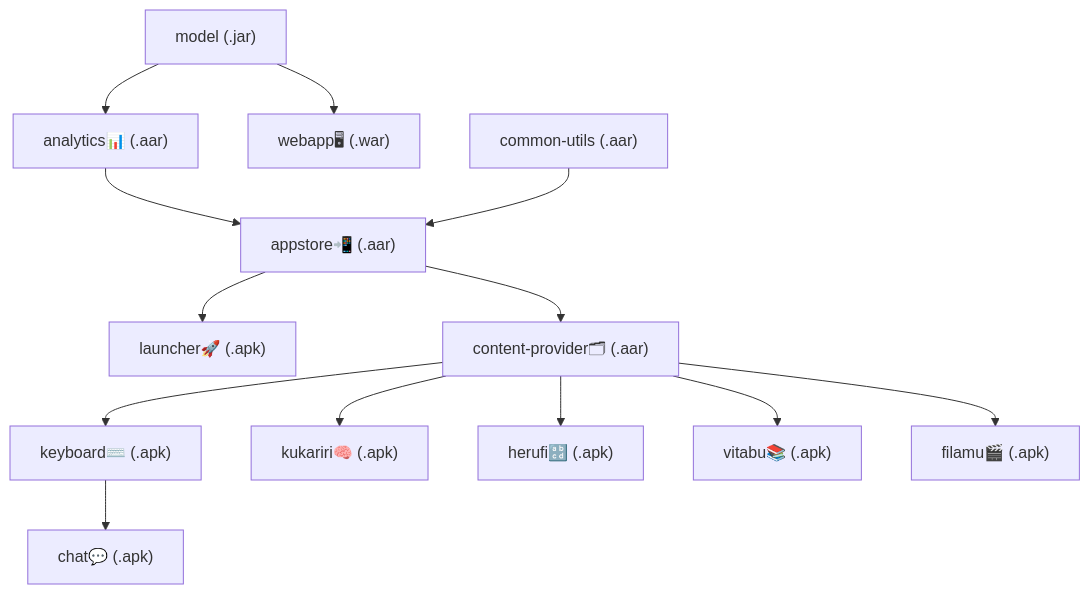
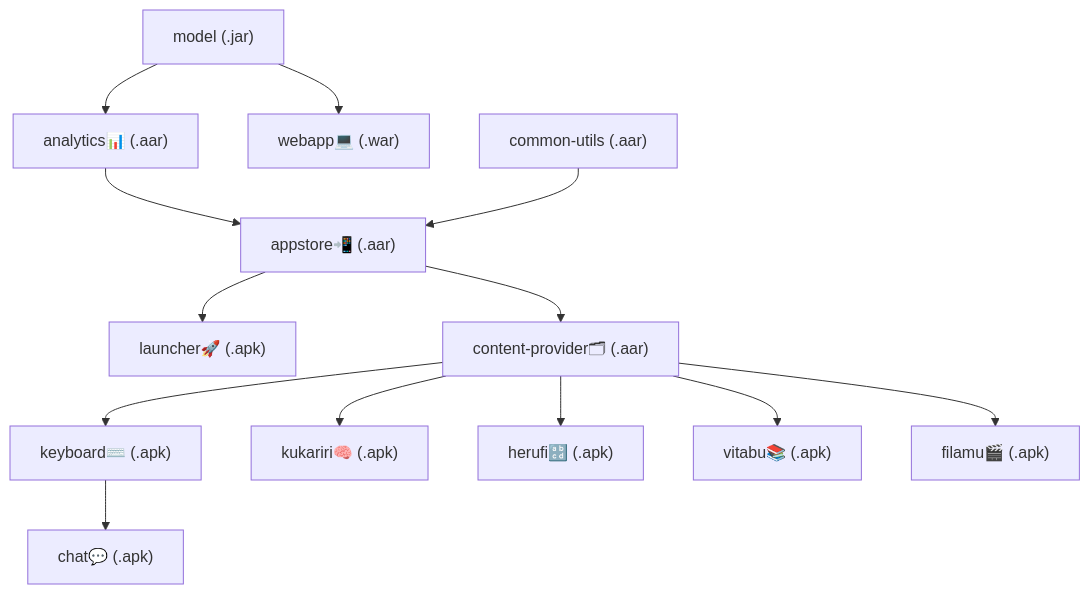
Before and after one commit to elimu-ai/wiki: the diagram in SOFTWARE_ARCHITECTURE.md, drawn with Mermaid.

````diff
--- a/SOFTWARE_ARCHITECTURE.md
+++ b/SOFTWARE_ARCHITECTURE.md
@@ -39,15 +39,15 @@
 ```mermaid
 flowchart TD
     model["model (.jar)"] --> analytics
-    model --> webapp["webapp🖥 (.war)"]
+    model --> webapp["webapp💻 (.war)"]
     analytics["analytics📊 (.aar)"] --> appstore
     common-utils["common-utils (.aar)"] --> appstore
     appstore["appstore📲 (.aar)"] --> launcher["launcher🚀 (.apk)"]
     appstore --> content-provider
     content-provider --> keyboard["keyboard⌨️ (.apk)"]
     keyboard --> chat["chat💬 (.apk)"]
     content-provider["content-provider🗂 (.aar)"] --> kukariri["kukariri🧠 (.apk)"]
     content-provider --> herufi["herufi🔡 (.apk)"]
     content-provider --> vitabu["vitabu📚 (.apk)"]
     content-provider --> filamu["filamu🎬 (.apk)"]
 ```
````
